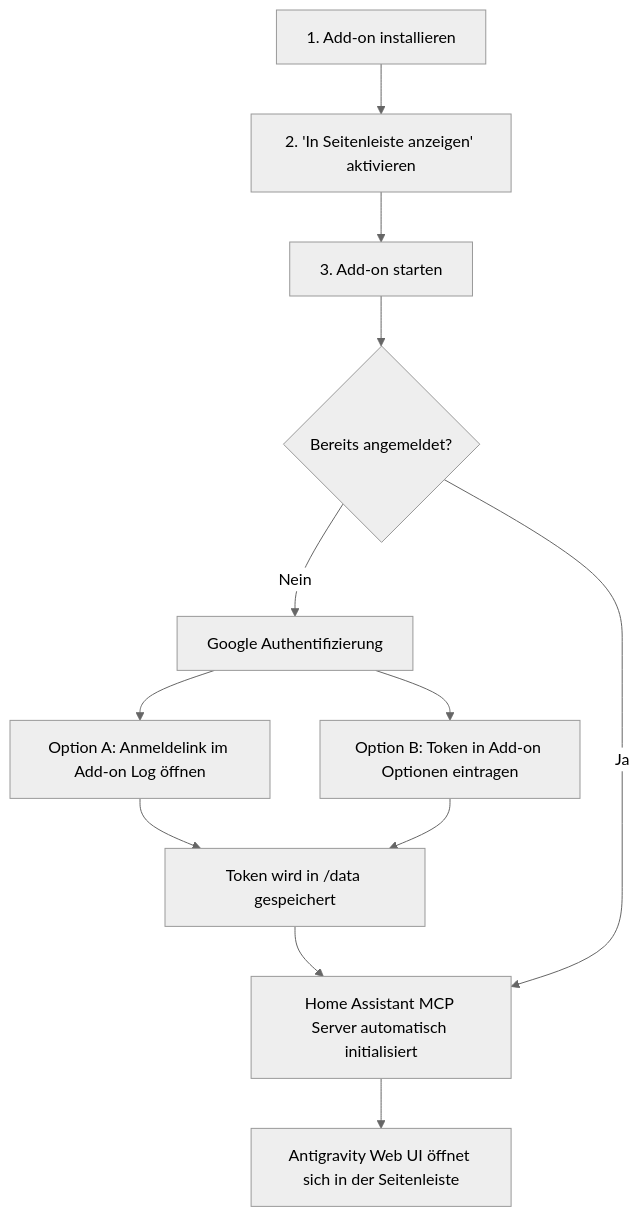
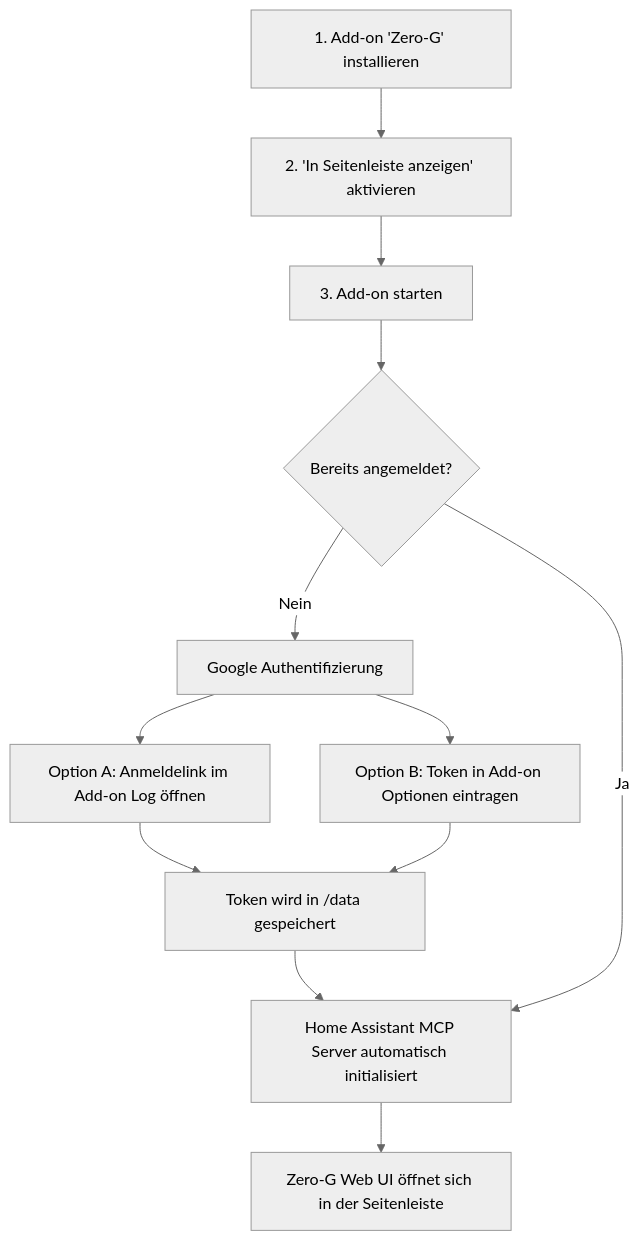
One commit to seppelw/zero-g changed the diagram in README.md. Above: the diagram before and after it, drawn with Mermaid (neutral theme). The commit also changed other lines of this file and 18 other files, not shown here.

````diff
--- a/README.md
+++ b/README.md
@@ -51,14 +51,14 @@
 ```mermaid
 flowchart TD
-    A[1. Add-on installieren] --> B[2. 'In Seitenleiste anzeigen' aktivieren]
+    A[1. Add-on 'Zero-G' installieren] --> B[2. 'In Seitenleiste anzeigen' aktivieren]
     B --> C[3. Add-on starten]
     C --> D{Bereits angemeldet?}
     D -- Nein --> E[Google Authentifizierung]
     E --> F1[Option A: Anmeldelink im Add-on Log öffnen]
     E --> F2[Option B: Token in Add-on Optionen eintragen]
     F1 --> G[Token wird in /data gespeichert]
     F2 --> G
     G --> H[Home Assistant MCP Server automatisch initialisiert]
     D -- Ja --> H
-    H --> I[Antigravity Web UI öffnet sich in der Seitenleiste]
+    H --> I[Zero-G Web UI öffnet sich in der Seitenleiste]
 ```
````
